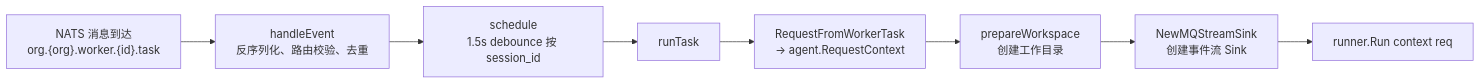
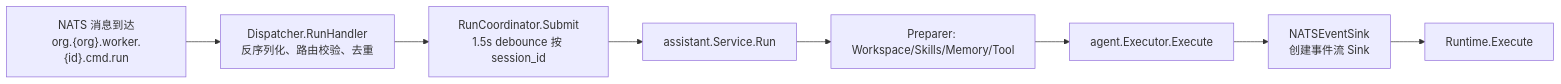
One commit to morehao/oss-insights changed the fourth of 8 diagrams in agent-product/leros/user-session-full-flow.md. Above: the diagram before and after it, drawn with Mermaid. The commit also changed other lines of this file and 4 other files, not shown here.

Commit message:
docs(leros): update architecture and data flow documents

````diff
--- a/agent-product/leros/user-session-full-flow.md
+++ b/agent-product/leros/user-session-full-flow.md
@@ -193,10 +194,10 @@
 ```mermaid
 flowchart LR
-    A["NATS 消息到达<br/>org.{org}.worker.{id}.task"] --> B[handleEvent<br/>反序列化、路由校验、去重]
-    B --> C[schedule<br/>1.5s debounce 按 session_id]
-    C --> D[runTask]
-    D --> D1[RequestFromWorkerTask<br/>→ agent.RequestContext]
-    D1 --> D2[prepareWorkspace<br/>创建工作目录]
-    D2 --> D3[NewMQStreamSink<br/>创建事件流 Sink]
-    D3 --> D4[runner.Run context req]
+    A["NATS 消息到达<br/>org.{org}.worker.{id}.cmd.run"] --> B[Dispatcher.RunHandler<br/>反序列化、路由校验、去重]
+    B --> C[RunCoordinator.Submit<br/>1.5s debounce 按 session_id]
+    C --> D[assistant.Service.Run]
+    D --> D1[Preparer: Workspace/Skills/Memory/Tool]
+    D1 --> D2[agent.Executor.Execute]
+    D2 --> D3[NATSEventSink<br/>创建事件流 Sink]
+    D3 --> D4[Runtime.Execute]
 ```
````
